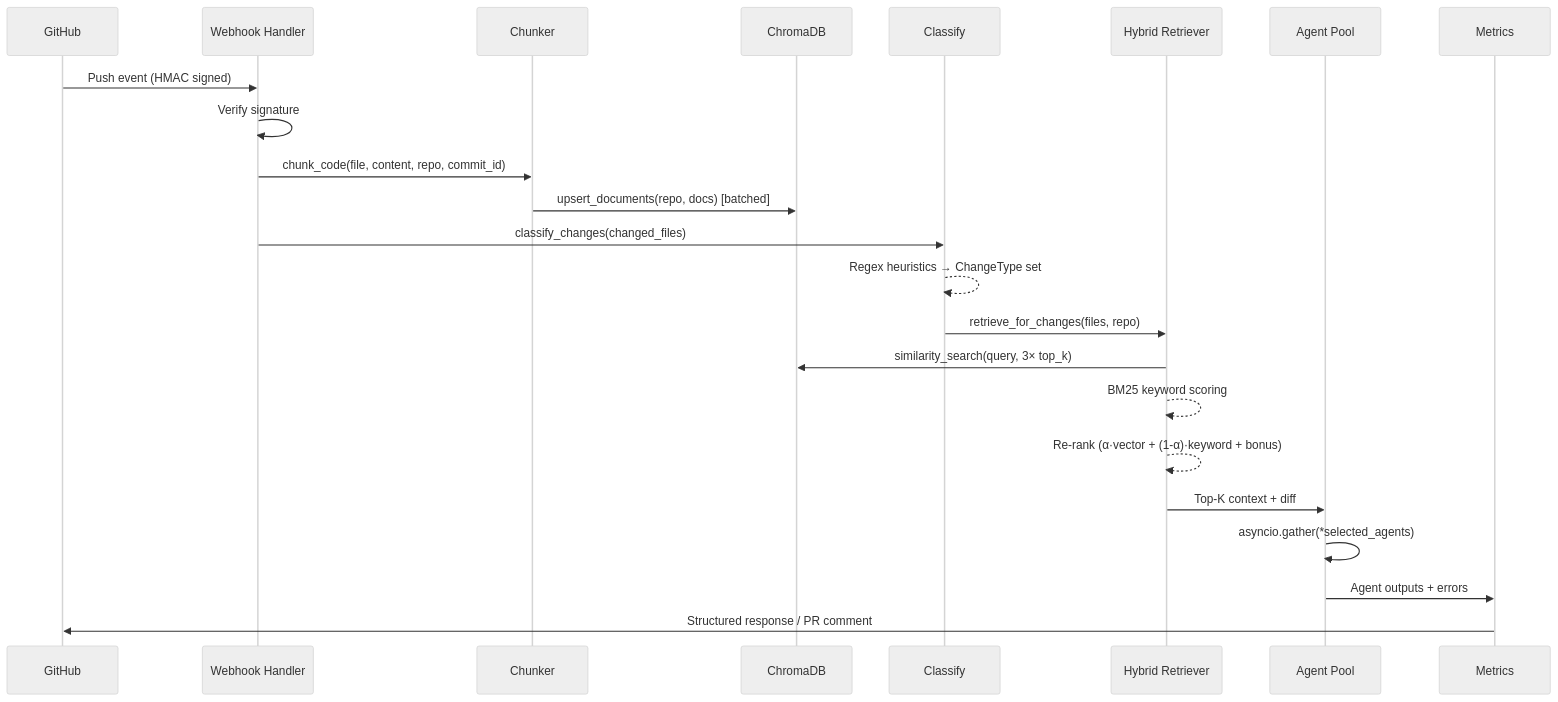
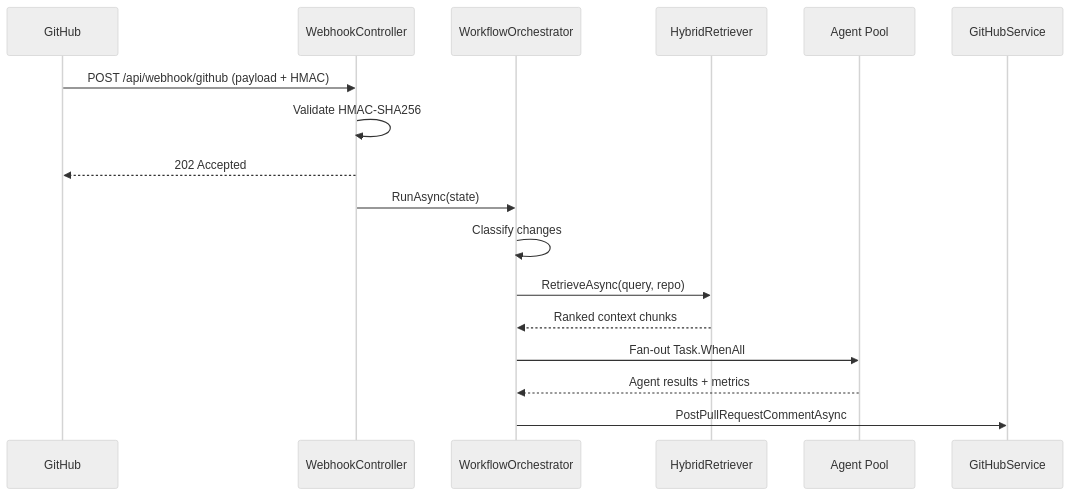
The second of 6 diagrams in README.md (Dark-Aks/DevPilot-AI), drawn with Mermaid (neutral theme) before and after one commit. The commit also changed other lines of this file and 119 other files, not shown here.

````diff
--- a/README.md
+++ b/README.md
@@ -118,26 +98,20 @@
 ```mermaid
 sequenceDiagram
     participant GH as GitHub
-    participant WH as Webhook Handler
-    participant CHK as Chunker
-    participant VS as ChromaDB
-    participant CL as Classify
-    participant RET as Hybrid Retriever
+    participant API as WebhookController
+    participant ORCH as WorkflowOrchestrator
+    participant RET as HybridRetriever
     participant AG as Agent Pool
-    participant MET as Metrics
+    participant GHS as GitHubService
 
-    GH->>WH: Push event (HMAC signed)
-    WH->>WH: Verify signature
-    WH->>CHK: chunk_code(file, content, repo, commit_id)
-    CHK->>VS: upsert_documents(repo, docs) [batched]
-    WH->>CL: classify_changes(changed_files)
-    CL-->>CL: Regex heuristics → ChangeType set
-    CL->>RET: retrieve_for_changes(files, repo)
-    RET->>VS: similarity_search(query, 3× top_k)
-    RET-->>RET: BM25 keyword scoring
-    RET-->>RET: Re-rank (α·vector + (1-α)·keyword + bonus)
-    RET->>AG: Top-K context + diff
-    AG->>AG: asyncio.gather(*selected_agents)
-    AG->>MET: Agent outputs + errors
-    MET->>GH: Structured response / PR comment
+    GH->>API: POST /api/webhook/github (payload + HMAC)
+    API->>API: Validate HMAC-SHA256
+    API-->>GH: 202 Accepted
+    API->>ORCH: RunAsync(state)
+    ORCH->>ORCH: Classify changes
+    ORCH->>RET: RetrieveAsync(query, repo)
+    RET-->>ORCH: Ranked context chunks
+    ORCH->>AG: Fan-out Task.WhenAll
+    AG-->>ORCH: Agent results + metrics
+    ORCH->>GHS: PostPullRequestCommentAsync
 ```
````
